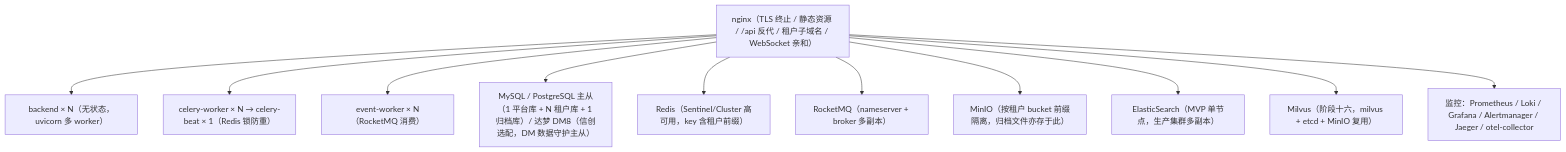
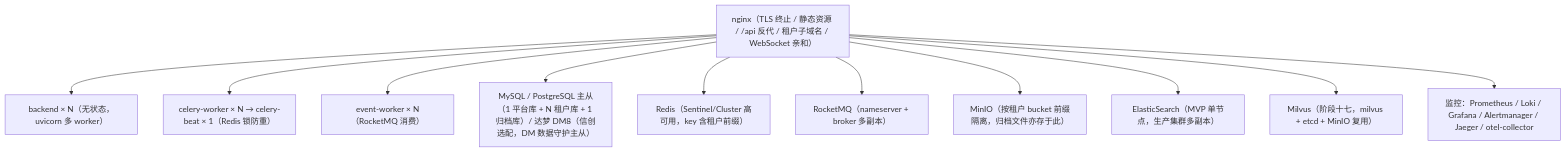
One commit to minjian123/basic-management-system changed the diagram in bms文档/设计/架构设计/30_架构设计_部署与运维.md. Above: the diagram before and after it, drawn with Mermaid. The commit also changed other lines of this file and 199 other files, not shown here.

````diff
--- a/bms文档/设计/架构设计/30_架构设计_部署与运维.md
+++ b/bms文档/设计/架构设计/30_架构设计_部署与运维.md
@@ -13,14 +13,14 @@
 ```mermaid
 graph TD
     N["nginx（TLS 终止 / 静态资源 / /api 反代 / 租户子域名 / WebSocket 亲和）"]
     N --> B["backend × N（无状态，uvicorn 多 worker）"]
     N --> C["celery-worker × N → celery-beat × 1（Redis 锁防重）"]
     N --> E["event-worker × N（RocketMQ 消费）"]
     N --> DB["MySQL / PostgreSQL 主从（1 平台库 + N 租户库 + 1 归档库）/ 达梦 DM8（信创选配，DM 数据守护主从）"]
     N --> R["Redis（Sentinel/Cluster 高可用，key 含租户前缀）"]
     N --> MQ["RocketMQ（nameserver + broker 多副本）"]
     N --> MI["MinIO（按租户 bucket 前缀隔离，归档文件亦存于此）"]
     N --> ES["ElasticSearch（MVP 单节点，生产集群多副本）"]
-    N --> MV["Milvus（阶段十六，milvus + etcd + MinIO 复用）"]
+    N --> MV["Milvus（阶段十七，milvus + etcd + MinIO 复用）"]
     N --> MON["监控：Prometheus / Loki / Grafana / Alertmanager / Jaeger / otel-collector"]
 ```
````
